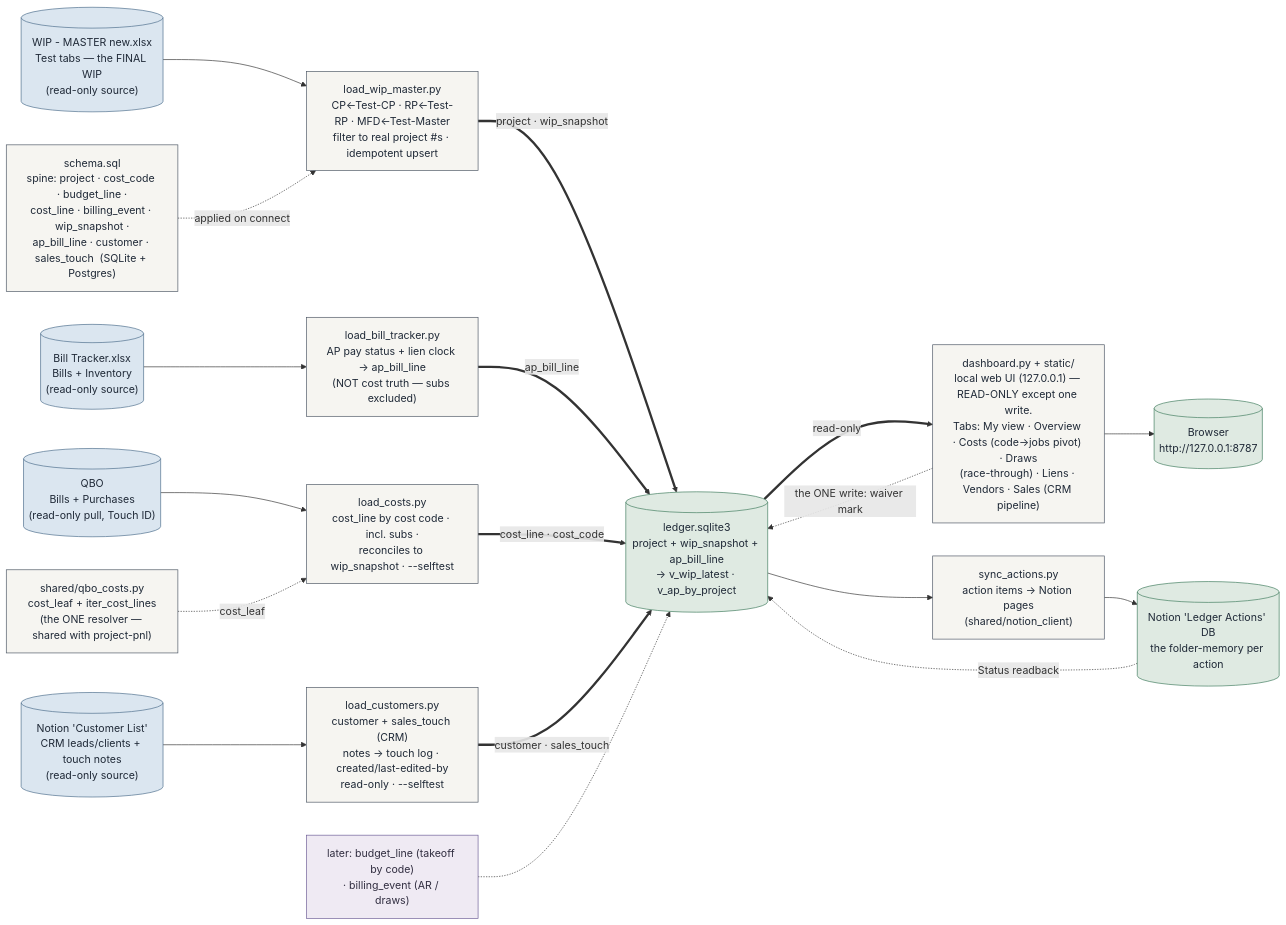
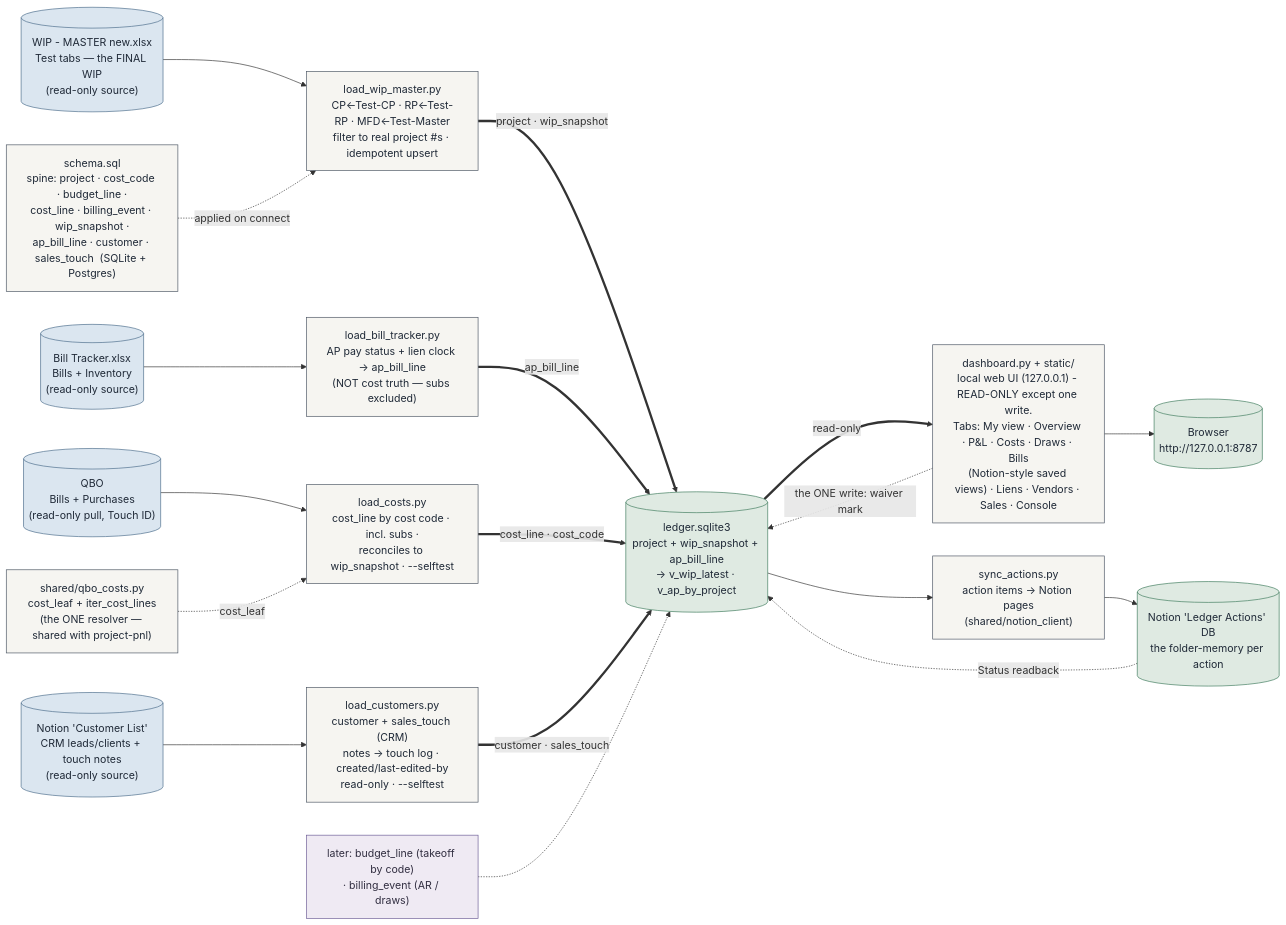
Before and after one commit to Ecarlo-Proficient/Claude-Report: the fourth of 6 diagrams in docs/ARCHITECTURE.md, drawn with Mermaid. The commit also changed other lines of this file and 5 other files, not shown here.

First line of the commit message:
ledger: Bill Tracker rolled into the dashboard as a Bills tab with Notion-style views

````diff
--- a/docs/ARCHITECTURE.md
+++ b/docs/ARCHITECTURE.md
@@ -313,39 +313,39 @@
 ```mermaid
 flowchart LR
     classDef src fill:#dbe6f0,stroke:#4A6B8A,color:#1f2937
     classDef tool fill:#f6f5f1,stroke:#4b5563,color:#1f2937
     classDef out fill:#dfeae2,stroke:#3E7A5C,color:#1f2937
     classDef future fill:#efeaf3,stroke:#6b5b95,color:#312e40
 
     TEST[("WIP - MASTER new.xlsx\nTest tabs — the FINAL WIP\n(read-only source)")]:::src
     BT[("Bill Tracker.xlsx\nBills + Inventory\n(read-only source)")]:::src
     SCHEMA["schema.sql\nspine: project · cost_code · budget_line ·\ncost_line · billing_event · wip_snapshot ·\nap_bill_line · customer · sales_touch  (SQLite + Postgres)"]:::tool
     LOADER["load_wip_master.py\nCP←Test-CP · RP←Test-RP · MFD←Test-Master\nfilter to real project #s · idempotent upsert"]:::tool
     APLOAD["load_bill_tracker.py\nAP pay status + lien clock → ap_bill_line\n(NOT cost truth — subs excluded)"]:::tool
     DB[("ledger.sqlite3\nproject + wip_snapshot + ap_bill_line\n→ v_wip_latest · v_ap_by_project")]:::out
-    DASH["dashboard.py + static/\nlocal web UI (127.0.0.1) — READ-ONLY except one write.\nTabs: My view · Overview · Costs (code→jobs pivot) · Draws\n(race-through) · Liens · Vendors · Sales (CRM pipeline)"]:::tool
+    DASH["dashboard.py + static/\nlocal web UI (127.0.0.1) - READ-ONLY except one write.\nTabs: My view · Overview · P&L · Costs · Draws · Bills\n(Notion-style saved views) · Liens · Vendors · Sales · Console"]:::tool
     BROWSER[("Browser\nhttp://127.0.0.1:8787")]:::out
     QBO[("QBO\nBills + Purchases\n(read-only pull, Touch ID)")]:::src
     QCOSTS["shared/qbo_costs.py\ncost_leaf + iter_cost_lines\n(the ONE resolver — shared with project-pnl)"]:::tool
     COSTLOAD["load_costs.py\ncost_line by cost code · incl. subs ·\nreconciles to wip_snapshot · --selftest"]:::tool
     FUTURE["later: budget_line (takeoff by code)\n· billing_event (AR / draws)"]:::future
 
     TEST --> LOADER
     BT --> APLOAD
     QBO --> COSTLOAD
     QCOSTS -.->|"cost_leaf"| COSTLOAD
     SCHEMA -.->|"applied on connect"| LOADER
     LOADER ==>|"project · wip_snapshot"| DB
     APLOAD ==>|"ap_bill_line"| DB
     COSTLOAD ==>|"cost_line · cost_code"| DB
     DB ==>|"read-only"| DASH --> BROWSER
     DASH -.->|"the ONE write: waiver mark"| DB
     SYNCACT["sync_actions.py\naction items → Notion pages\n(shared/notion_client)"]:::tool
     NOTION[("Notion 'Ledger Actions' DB\nthe folder-memory per action")]:::out
     DB --> SYNCACT --> NOTION
     NOTION -.->|"Status readback"| DB
     NCL[("Notion 'Customer List'\nCRM leads/clients + touch notes\n(read-only source)")]:::src
     CUSTLOAD["load_customers.py\ncustomer + sales_touch (CRM)\nnotes → touch log · created/last-edited-by\nread-only · --selftest"]:::tool
     NCL --> CUSTLOAD ==>|"customer · sales_touch"| DB
     FUTURE -.-> DB
 ```
````
